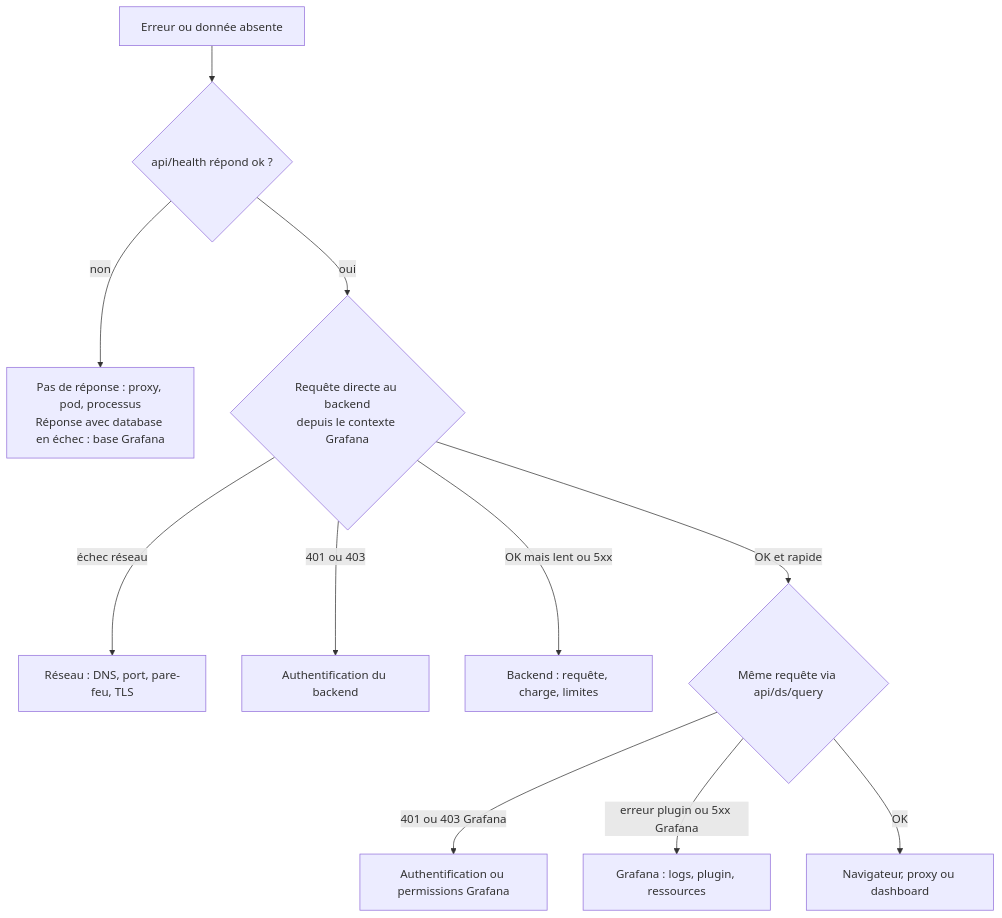
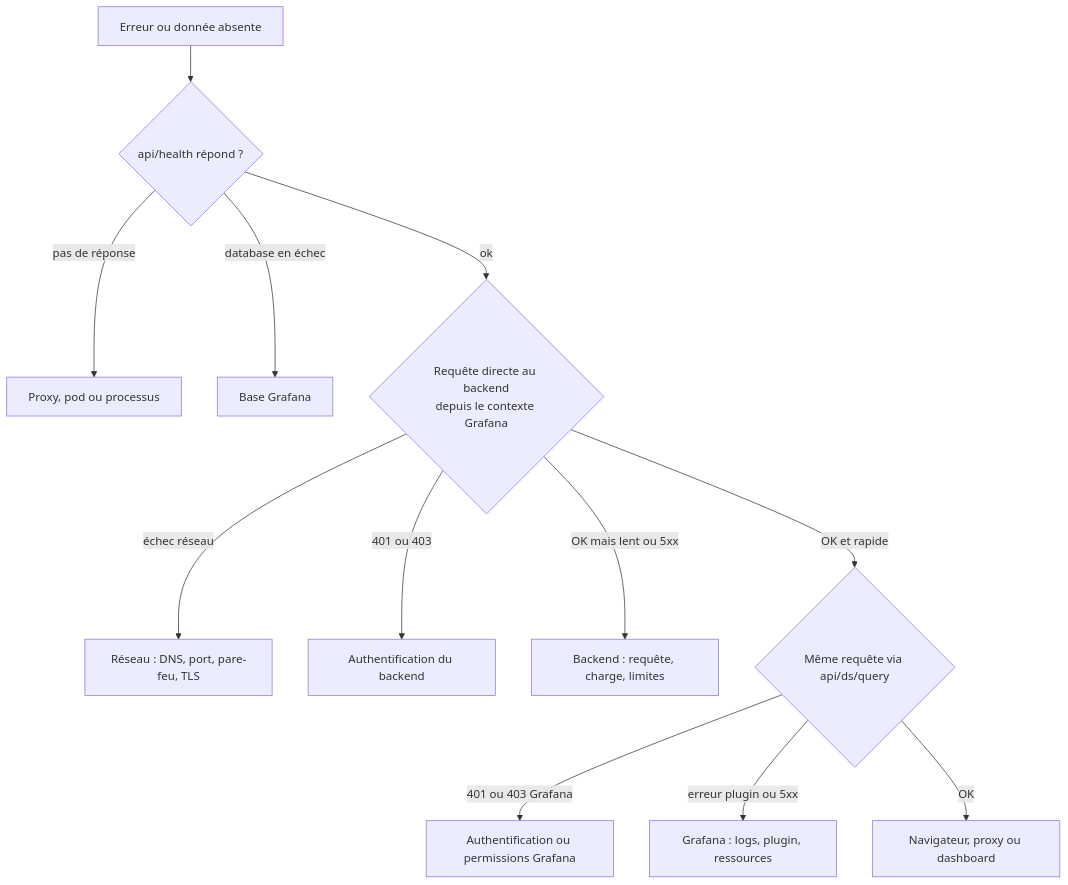
One commit to Gooseppr/GevOps_LC changed the second of 2 diagrams in courses/grafana/34_troubleshooting_avance.md. Above: the diagram before and after it, drawn with Mermaid. The commit also changed other lines of this file and 56 other files, not shown here.

````diff
--- a/courses/grafana/34_troubleshooting_avance.md
+++ b/courses/grafana/34_troubleshooting_avance.md
@@ -166,13 +166,14 @@
 ```mermaid
 flowchart TD
-    A["Erreur ou donnée absente"] --> B{"api/health répond ok ?"}
-    B -->|"non"| C["Pas de réponse : proxy, pod, processus<br/>Réponse avec database en échec : base Grafana"]
-    B -->|"oui"| D{"Requête directe au backend<br/>depuis le contexte Grafana"}
+    A["Erreur ou donnée absente"] --> B{"api/health répond ?"}
+    B -->|"pas de réponse"| C["Proxy, pod ou processus"]
+    B -->|"database en échec"| C2["Base Grafana"]
+    B -->|"ok"| D{"Requête directe au backend<br/>depuis le contexte Grafana"}
     D -->|"échec réseau"| E["Réseau : DNS, port, pare-feu, TLS"]
     D -->|"401 ou 403"| F["Authentification du backend"]
     D -->|"OK mais lent ou 5xx"| G["Backend : requête, charge, limites"]
     D -->|"OK et rapide"| H{"Même requête via api/ds/query"}
     H -->|"401 ou 403 Grafana"| I["Authentification ou permissions Grafana"]
-    H -->|"erreur plugin ou 5xx Grafana"| J["Grafana : logs, plugin, ressources"]
+    H -->|"erreur plugin ou 5xx"| J["Grafana : logs, plugin, ressources"]
     H -->|"OK"| K["Navigateur, proxy ou dashboard"]
 ```
````
